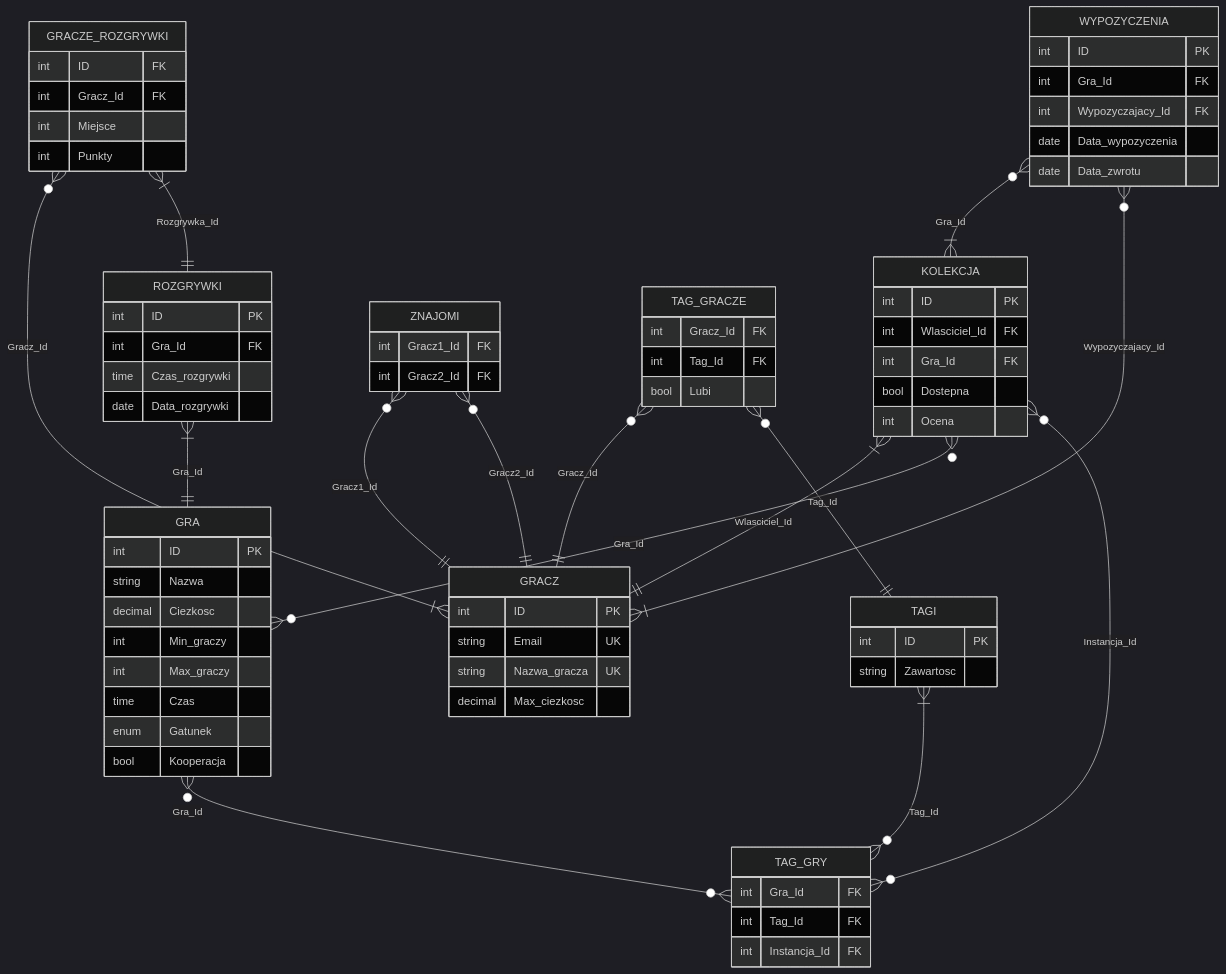
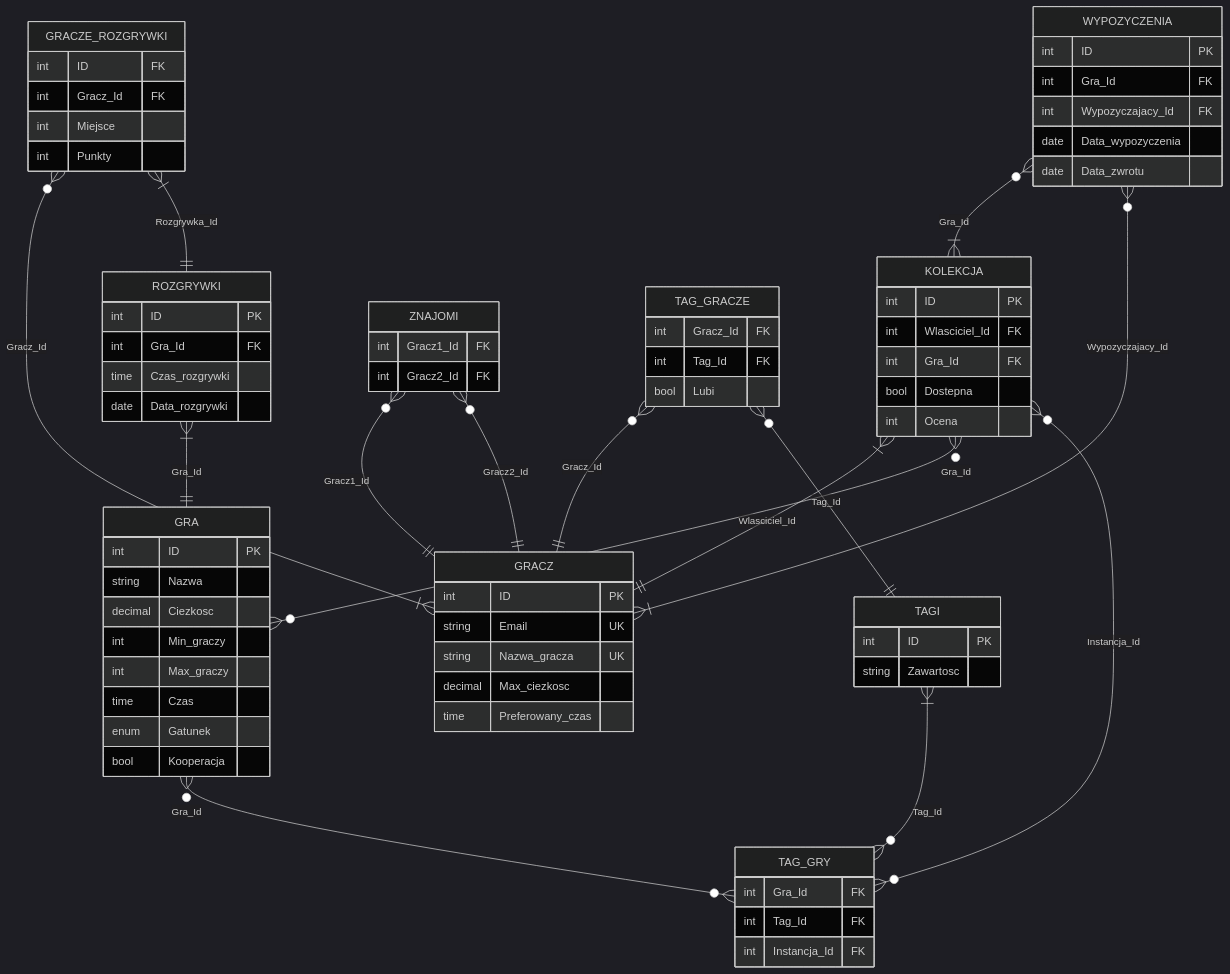
The first of 2 diagrams in BD/scheme.md (Sammaeliusz/PC-Repo), drawn with Mermaid (dark theme) before and after one commit. The commit also changed other lines of this file, not shown here.

Commit message:
Diagram aktywności

````diff
--- a/BD/scheme.md
+++ b/BD/scheme.md
@@ -1,78 +1,79 @@
 ``` mermaid
 erDiagram
 GRA{
     int ID PK
     string Nazwa
     decimal Ciezkosc
     int Min_graczy
     int Max_graczy
     time Czas
     enum Gatunek
     bool Kooperacja
 }
 KOLEKCJA{
     int ID PK
     int Wlasciciel_Id FK
     int Gra_Id FK
     bool Dostepna
     int Ocena
 }
 TAG_GRY{
     int Gra_Id FK
     int Tag_Id FK
     int Instancja_Id FK
 }
 GRACZ{
     int ID PK
     string Email UK
     string Nazwa_gracza UK
     decimal Max_ciezkosc
+    time Preferowany_czas
 }
 ROZGRYWKI{
     int ID PK
     int Gra_Id FK
     time Czas_rozgrywki
     date Data_rozgrywki
 }
 GRACZE_ROZGRYWKI{
     int ID FK
     int Gracz_Id FK
     int Miejsce
     int Punkty
 }
 WYPOZYCZENIA{
     int ID PK
     int Gra_Id FK
     int Wypozyczajacy_Id FK
     date Data_wypozyczenia
     date Data_zwrotu
 
 }
 TAGI{
     int ID PK
     string Zawartosc
 }
 ZNAJOMI{
     int Gracz1_Id FK
     int Gracz2_Id FK
 }
 TAG_GRACZE{
     int Gracz_Id FK
     int Tag_Id FK
     bool Lubi
 }
 KOLEKCJA }|--|| GRACZ: Wlasciciel_Id
 KOLEKCJA }o--o{ GRA: Gra_Id
 ROZGRYWKI }|--|| GRA: Gra_Id
 GRACZE_ROZGRYWKI }o--|{ GRACZ: Gracz_Id
 GRACZE_ROZGRYWKI }|--|| ROZGRYWKI: Rozgrywka_Id
 WYPOZYCZENIA }o--|{ KOLEKCJA: Gra_Id
 WYPOZYCZENIA }o--|{ GRACZ: Wypozyczajacy_Id
 TAGI }|--o{ TAG_GRY: Tag_Id
 GRA }o--o{ TAG_GRY: Gra_Id
 KOLEKCJA }o--o{ TAG_GRY: Instancja_Id
 ZNAJOMI }o--|| GRACZ: Gracz1_Id
 ZNAJOMI }o--|| GRACZ: Gracz2_Id
 TAG_GRACZE }o--|| GRACZ: Gracz_Id
 TAG_GRACZE }o--|| TAGI: Tag_Id
 ```
````
